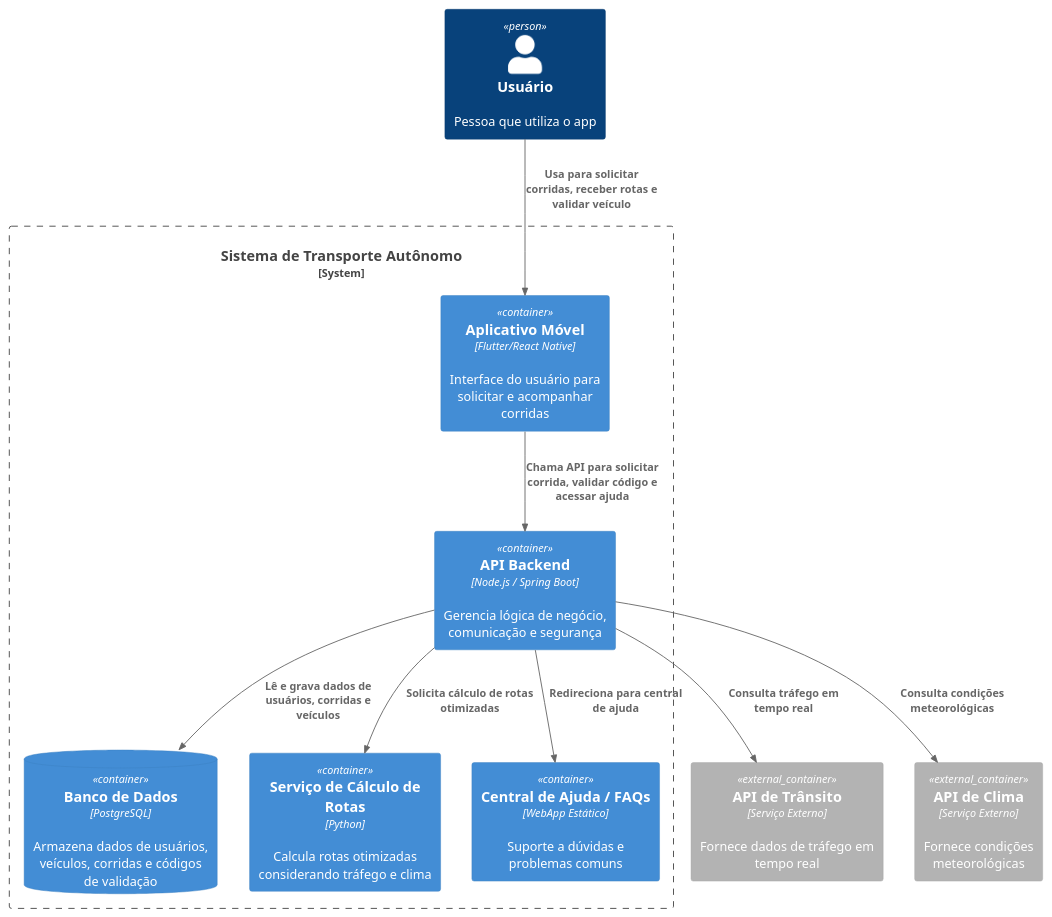
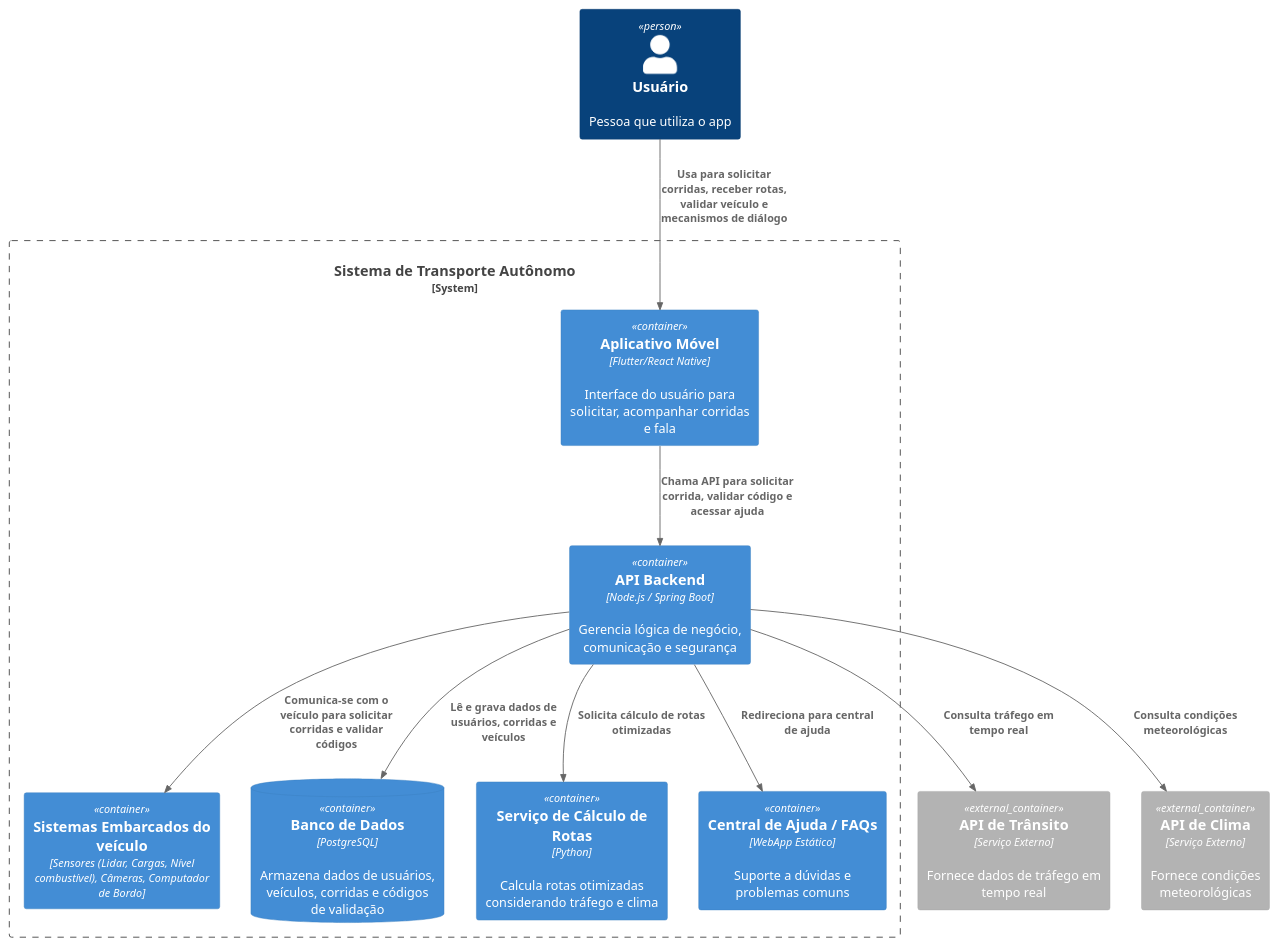
The diagram in trabalho_final/Diagramas (Iteração 1)/container.puml (gilmarUFG/as_es_20251_g6), drawn with PlantUML before and after one commit.

Commit message:
Update container.puml to enhance appMobile description and clarify user interactions

```diff
--- a/trabalho_final/Diagramas (Iteração 1)/container.puml
+++ b/trabalho_final/Diagramas (Iteração 1)/container.puml
@@ -1,24 +1,27 @@
 @startuml
 !include https://raw.githubusercontent.com/plantuml-stdlib/C4-PlantUML/master/C4_Container.puml
 
 Person(usuario, "Usuário", "Pessoa que utiliza o app")
 System_Boundary(sistema, "Sistema de Transporte Autônomo") {
-  Container(appMobile, "Aplicativo Móvel", "Flutter/React Native", "Interface do usuário para solicitar e acompanhar corridas")
+  Container(appMobile, "Aplicativo Móvel", "Flutter/React Native", "Interface do usuário para solicitar, acompanhar corridas e fala ")
+  Container(veiculo, "Sistemas Embarcados do veículo", "Sensores (Lidar, Cargas, Nível combustível), Câmeras, Computador de Bordo")
   Container(apiBackend, "API Backend", "Node.js / Spring Boot", "Gerencia lógica de negócio, comunicação e segurança")
   ContainerDb(bancoDeDados, "Banco de Dados", "PostgreSQL", "Armazena dados de usuários, veículos, corridas e códigos de validação")
   Container(servicoRotas, "Serviço de Cálculo de Rotas", "Python", "Calcula rotas otimizadas considerando tráfego e clima")
   Container(faqAjuda, "Central de Ajuda / FAQs", "WebApp Estático", "Suporte a dúvidas e problemas comuns")
 }
 
 Container_Ext(apiTrafego, "API de Trânsito", "Serviço Externo", "Fornece dados de tráfego em tempo real")
 Container_Ext(apiClima, "API de Clima", "Serviço Externo", "Fornece condições meteorológicas")
 
-Rel(usuario, appMobile, "Usa para solicitar corridas, receber rotas e validar veículo")
+
+Rel(usuario, appMobile, "Usa para solicitar corridas, receber rotas, validar veículo e mecanismos de diálogo")
+Rel(apiBackend, veiculo, "Comunica-se com o veículo para solicitar corridas e validar códigos")
 Rel(appMobile, apiBackend, "Chama API para solicitar corrida, validar código e acessar ajuda")
 Rel(apiBackend, bancoDeDados, "Lê e grava dados de usuários, corridas e veículos")
 Rel(apiBackend, servicoRotas, "Solicita cálculo de rotas otimizadas")
 Rel(apiBackend, faqAjuda, "Redireciona para central de ajuda")
 Rel(apiBackend, apiTrafego, "Consulta tráfego em tempo real")
 Rel(apiBackend, apiClima, "Consulta condições meteorológicas")
 
 @enduml
```
